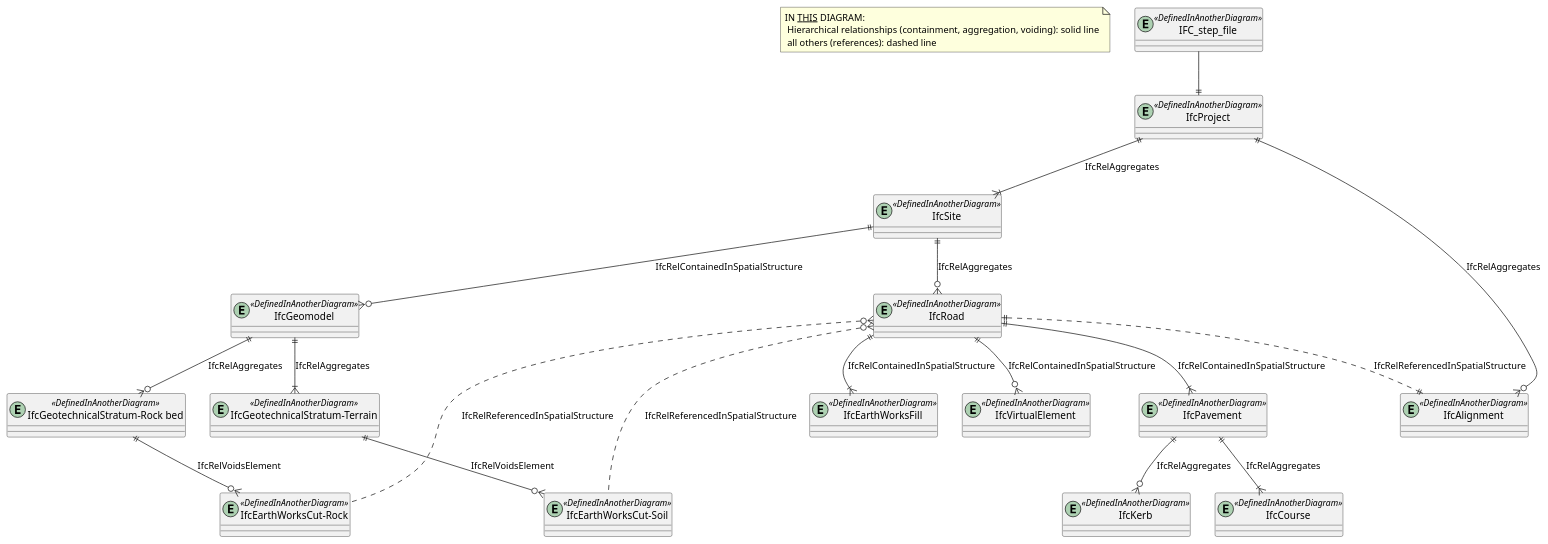
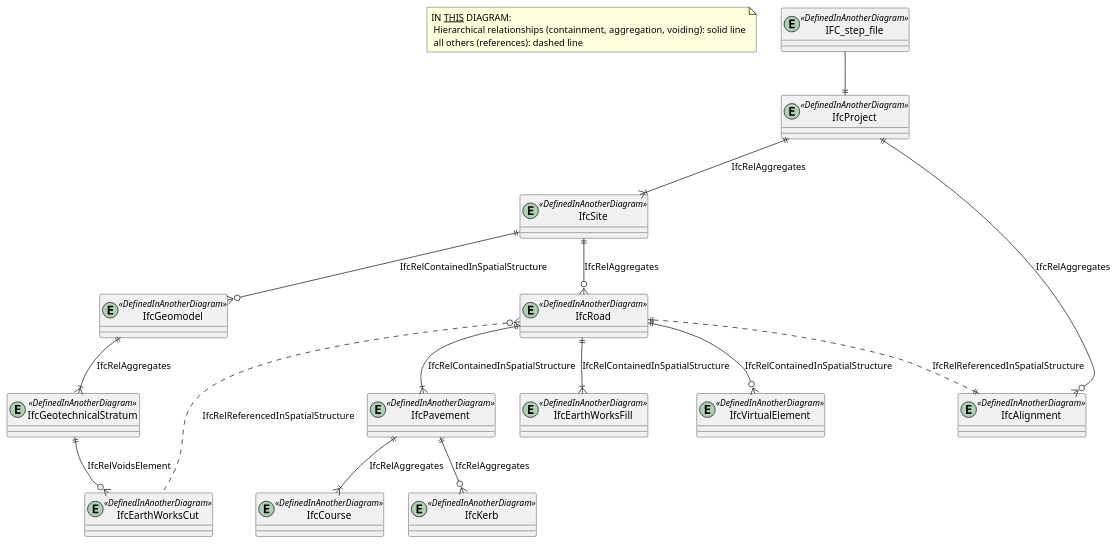
One commit to buildingSMART-Finland/RYTV-IFCRoute changed the diagram in diagrams/bsf-ifc-hierarkia.pu. Above: the diagram before and after it, drawn with PlantUML. The commit also changed 5 other files, not shown here.

```diff
--- a/diagrams/bsf-ifc-hierarkia.pu
+++ b/diagrams/bsf-ifc-hierarkia.pu
@@ -1,58 +1,53 @@
 @startuml 
 
 note "IN <u>THIS</u> DIAGRAM:\n Hierarchical relationships (containment, aggregation, voiding): solid line\n all others (references): dashed line" as N0
 
 
 entity IFC_step_file <<DefinedInAnotherDiagram>>
 
 entity IfcProject <<DefinedInAnotherDiagram>>
 IFC_step_file--||IfcProject
 
 entity IfcSite <<DefinedInAnotherDiagram>>
 IfcProject||--|{IfcSite : IfcRelAggregates
 
 
 entity IfcRoad <<DefinedInAnotherDiagram>> 
 IfcSite||--o{IfcRoad : IfcRelAggregates
 
 
 entity IfcVirtualElement <<DefinedInAnotherDiagram>>
 IfcRoad||--o{IfcVirtualElement : IfcRelContainedInSpatialStructure
 
 entity IfcGeomodel <<DefinedInAnotherDiagram>>
 
 IfcSite||--o{IfcGeomodel : IfcRelContainedInSpatialStructure
 
-entity "IfcGeotechnicalStratum-Terrain" <<DefinedInAnotherDiagram>>
-IfcGeomodel||--|{"IfcGeotechnicalStratum-Terrain":IfcRelAggregates
-entity "IfcGeotechnicalStratum-Rock bed" <<DefinedInAnotherDiagram>>
-IfcGeomodel||--o{"IfcGeotechnicalStratum-Rock bed":IfcRelAggregates
+entity IfcGeotechnicalStratum <<DefinedInAnotherDiagram>>
+IfcGeomodel||--|{IfcGeotechnicalStratum:IfcRelAggregates
 
 
 entity IfcPavement <<DefinedInAnotherDiagram>>
 IfcRoad||--|{IfcPavement : IfcRelContainedInSpatialStructure
 
-entity "IfcEarthWorksCut-Rock" <<DefinedInAnotherDiagram>>
-IfcRoad}o.."IfcEarthWorksCut-Rock": IfcRelReferencedInSpatialStructure
-entity "IfcEarthWorksCut-Soil" <<DefinedInAnotherDiagram>>
-IfcRoad}o.."IfcEarthWorksCut-Soil": IfcRelReferencedInSpatialStructure
+entity IfcEarthWorksCut <<DefinedInAnotherDiagram>>
+IfcRoad}o..IfcEarthWorksCut: IfcRelReferencedInSpatialStructure
 
 
-"IfcGeotechnicalStratum-Rock bed"||--o{"IfcEarthWorksCut-Rock" : IfcRelVoidsElement
-"IfcGeotechnicalStratum-Terrain"||--o{"IfcEarthWorksCut-Soil" : IfcRelVoidsElement
+IfcGeotechnicalStratum||--o{IfcEarthWorksCut : IfcRelVoidsElement
 
 entity IfcEarthWorksFill <<DefinedInAnotherDiagram>>
 IfcRoad||--|{IfcEarthWorksFill : IfcRelContainedInSpatialStructure
 
 entity IfcCourse <<DefinedInAnotherDiagram>>
 IfcPavement||--|{IfcCourse :IfcRelAggregates
 
 entity IfcKerb <<DefinedInAnotherDiagram>>
 IfcPavement||--o{IfcKerb :IfcRelAggregates
 
 entity IfcAlignment <<DefinedInAnotherDiagram>>
 IfcProject||--o{IfcAlignment : IfcRelAggregates
 
 IfcRoad||..||IfcAlignment : IfcRelReferencedInSpatialStructure
 
 @enduml
```
